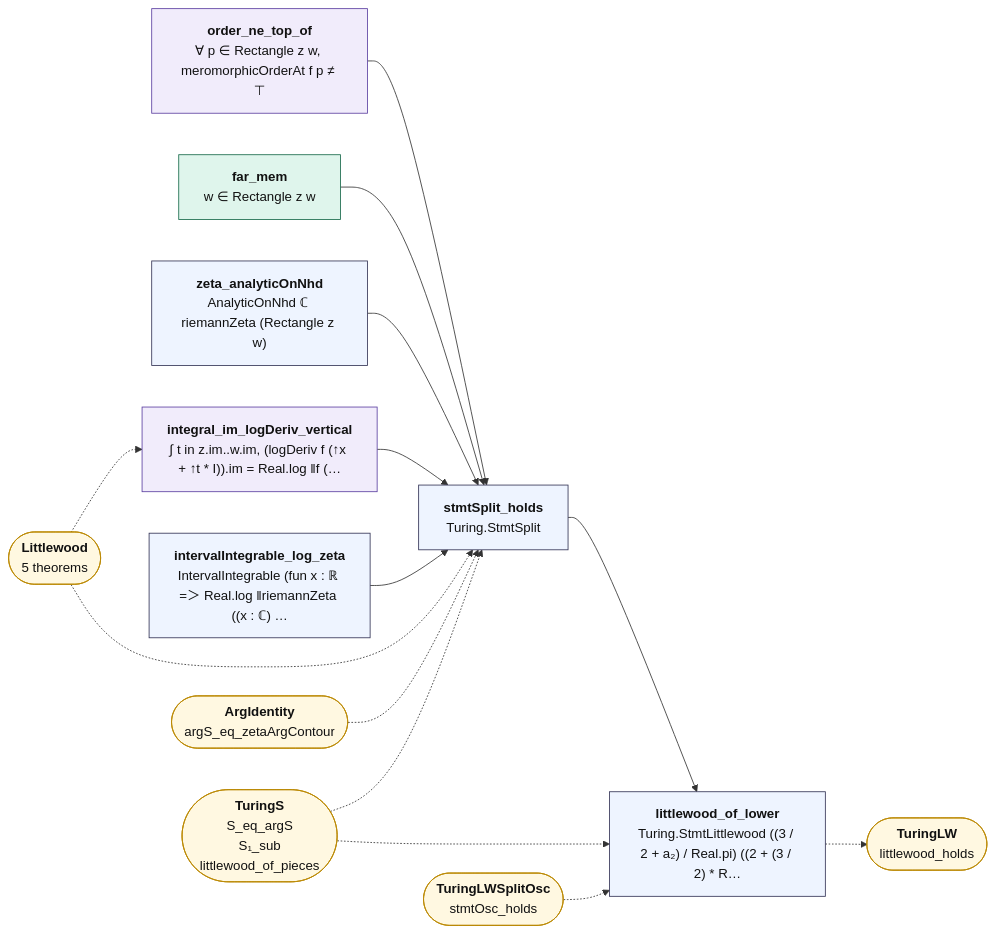
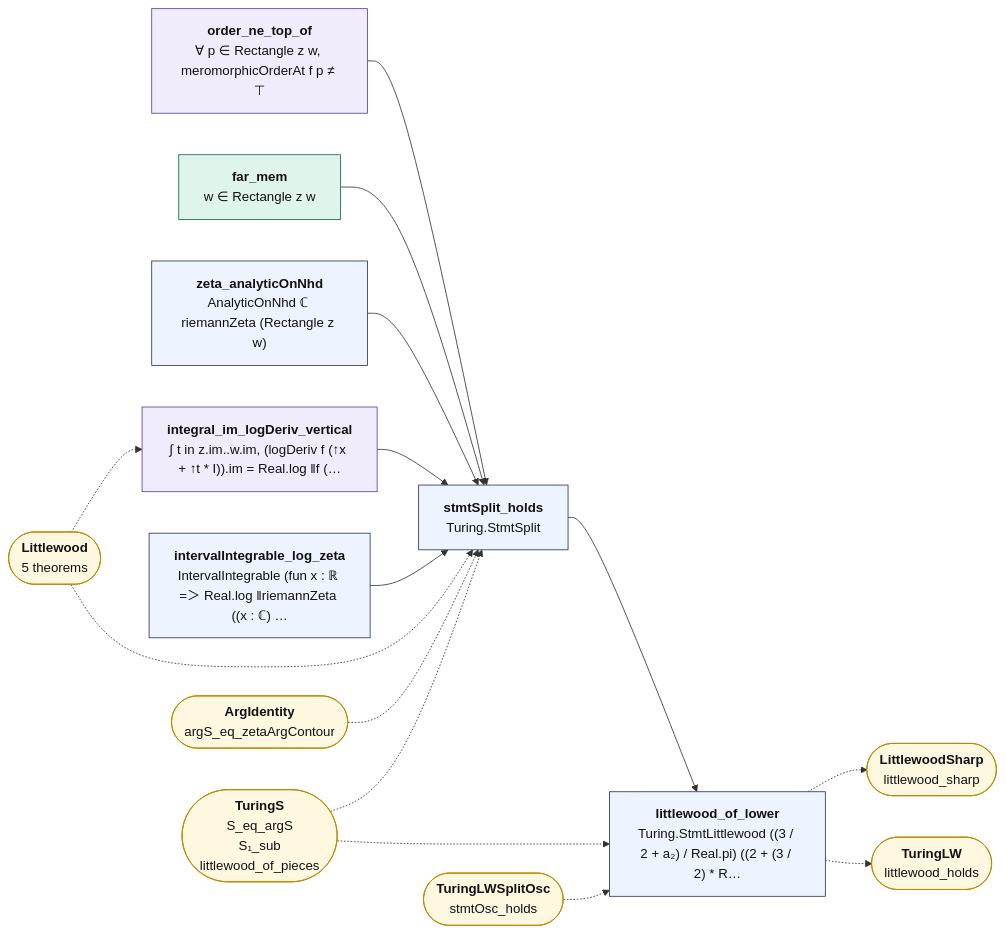
Before and after one commit to juliansambranojr/Primebeat_081426: the diagram in map/lean_stage3/TuringLWSplit.mmd, drawn with Mermaid. The commit also changed 26 other files, not shown here.

```diff
--- a/map/lean_stage3/TuringLWSplit.mmd
+++ b/map/lean_stage3/TuringLWSplit.mmd
@@ -1,34 +1,36 @@
 flowchart LR
   n0["<b>order_ne_top_of</b><br/>∀ p ∈ Rectangle z w, meromorphicOrderAt f p ≠ ⊤"]:::shp
   n1["<b>far_mem</b><br/>w ∈ Rectangle z w"]:::cnt
   n2["<b>zeta_analyticOnNhd</b><br/>AnalyticOnNhd ℂ riemannZeta (Rectangle z w)"]:::thm
   n3["<b>integral_im_logDeriv_vertical</b><br/>∫ t in z.im..w.im, (logDeriv f (↑x + ↑t * I)).im = Real.log ‖f (…"]:::shp
   n4["<b>intervalIntegrable_log_zeta</b><br/>IntervalIntegrable (fun x : ℝ =＞ Real.log ‖riemannZeta ((x : ℂ) …"]:::thm
   n5["<b>stmtSplit_holds</b><br/>Turing.StmtSplit"]:::thm
   n6["<b>littlewood_of_lower</b><br/>Turing.StmtLittlewood ((3 / 2 + a₂) / Real.pi) ((2 + (3 / 2) * R…"]:::thm
   x0(["<b>Littlewood</b><br/>5 theorems"]):::ext
   x1(["<b>ArgIdentity</b><br/>argS_eq_zetaArgContour"]):::ext
   x2(["<b>TuringS</b><br/>S_eq_argS<br/>S₁_sub<br/>littlewood_of_pieces"]):::ext
   x3(["<b>TuringLWSplitOsc</b><br/>stmtOsc_holds"]):::ext
-  x4(["<b>TuringLW</b><br/>littlewood_holds"]):::ext
+  x4(["<b>LittlewoodSharp</b><br/>littlewood_sharp"]):::ext
+  x5(["<b>TuringLW</b><br/>littlewood_holds"]):::ext
   n0 --> n5
   n1 --> n5
   n2 --> n5
   n3 --> n5
   n4 --> n5
   n5 --> n6
   n6 -.-> x4
+  n6 -.-> x5
   x0 -.-> n3
   x0 -.-> n5
   x1 -.-> n5
   x2 -.-> n5
   x2 -.-> n6
   x3 -.-> n6
   classDef cnt fill:#dff5ec,stroke:#17694a,color:#111
   classDef shp fill:#f1ecfb,stroke:#5b3fa0,color:#111
   classDef rh fill:#ffe5e5,stroke:#c22,color:#111,stroke-width:2px
   classDef thm fill:#eef4ff,stroke:#335,color:#111
   classDef end_ fill:#e7f7e7,stroke:#2a7,color:#111,stroke-width:2px
   classDef lone fill:#fff,stroke:#999,color:#111,stroke-dasharray:4 3
   classDef bad fill:#ffe5e5,stroke:#c22,color:#111,stroke-width:2px
   classDef ext fill:#fff8e1,stroke:#b80,color:#111
```
